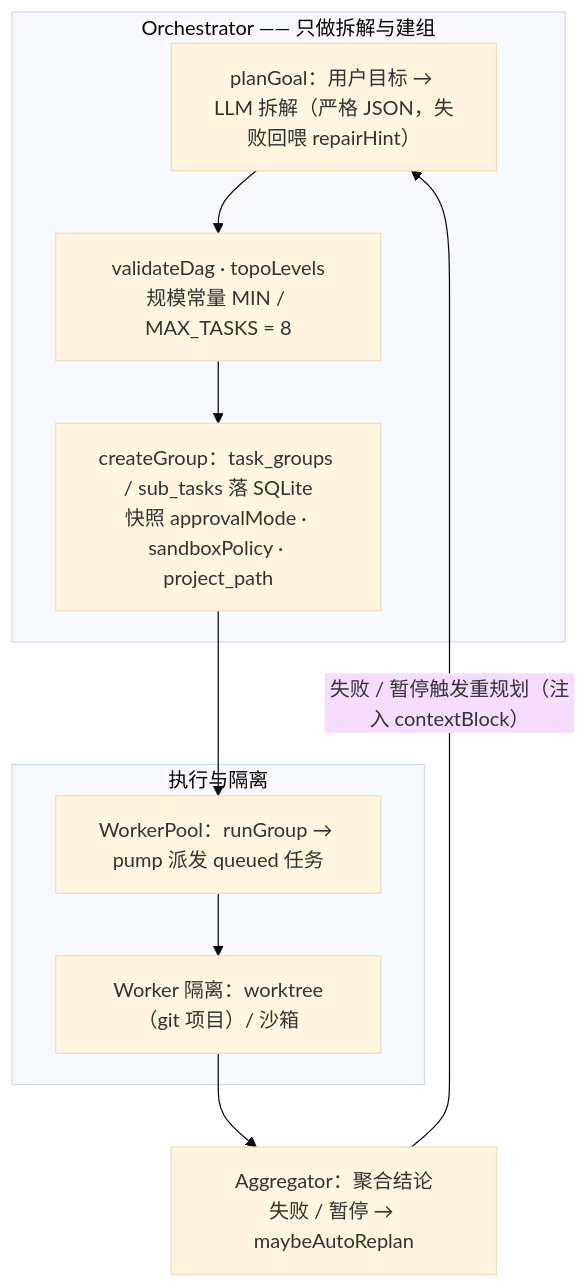
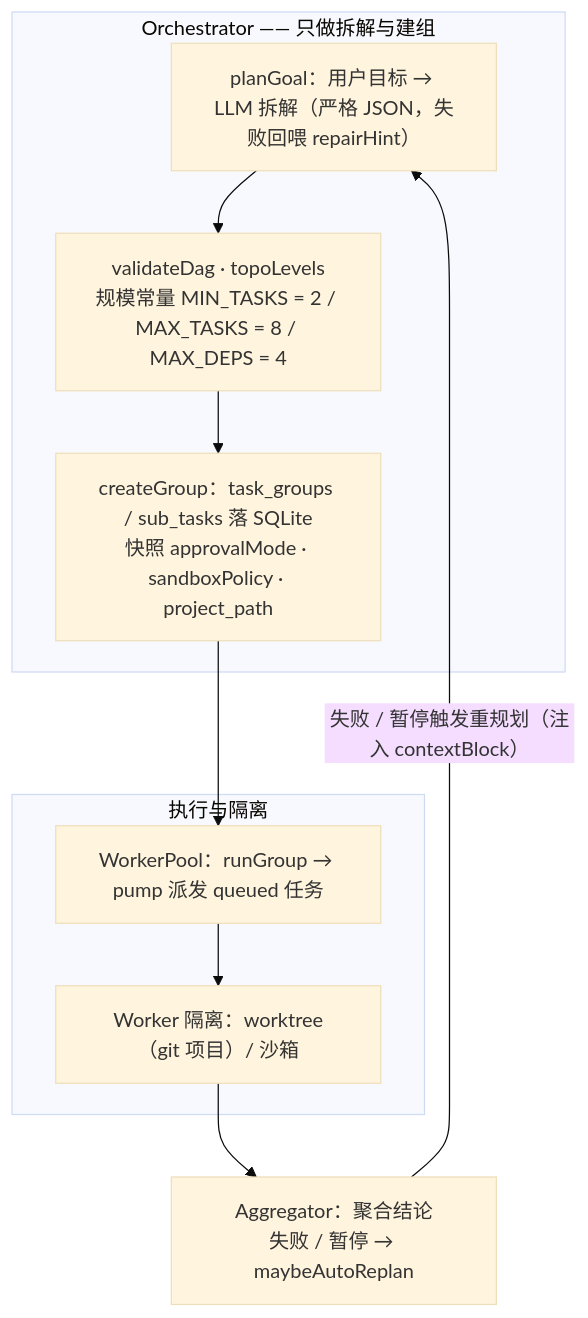
One commit to jasonma1210/MJCoder changed the sixth of 7 diagrams in MJcoder-技术流程功能文档.md. Above: the diagram before and after it, drawn with Mermaid (base theme). The commit also changed other lines of this file and 4 other files, not shown here.

````diff
--- a/MJcoder-技术流程功能文档.md
+++ b/MJcoder-技术流程功能文档.md
@@ -514,20 +519,20 @@
 ```mermaid
 flowchart TB
     subgraph O["Orchestrator —— 只做拆解与建组"]
         P["planGoal：用户目标 → LLM 拆解（严格 JSON，失败回喂 repairHint）"]
-        V["validateDag · topoLevels<br/>规模常量 MIN / MAX_TASKS = 8"]
+        V["validateDag · topoLevels<br/>规模常量 MIN_TASKS = 2 / MAX_TASKS = 8 / MAX_DEPS = 4"]
         S["createGroup：task_groups / sub_tasks 落 SQLite<br/>快照 approvalMode · sandboxPolicy · project_path"]
     end
     subgraph E["执行与隔离"]
         W["WorkerPool：runGroup → pump 派发 queued 任务"]
         I["Worker 隔离：worktree（git 项目）/ 沙箱"]
     end
     A["Aggregator：聚合结论<br/>失败 / 暂停 → maybeAutoReplan"]
 
     P --> V
     V --> S
     S --> W
     W --> I
     I --> A
     A -- "失败 / 暂停触发重规划（注入 contextBlock）" --> P
 ```
````
